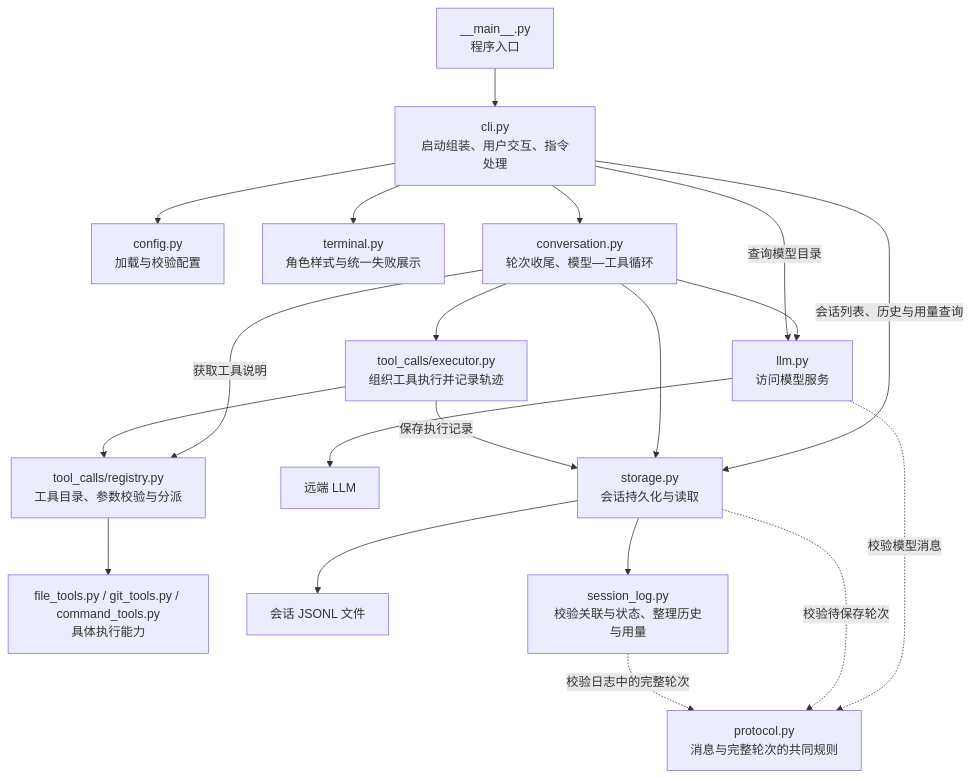
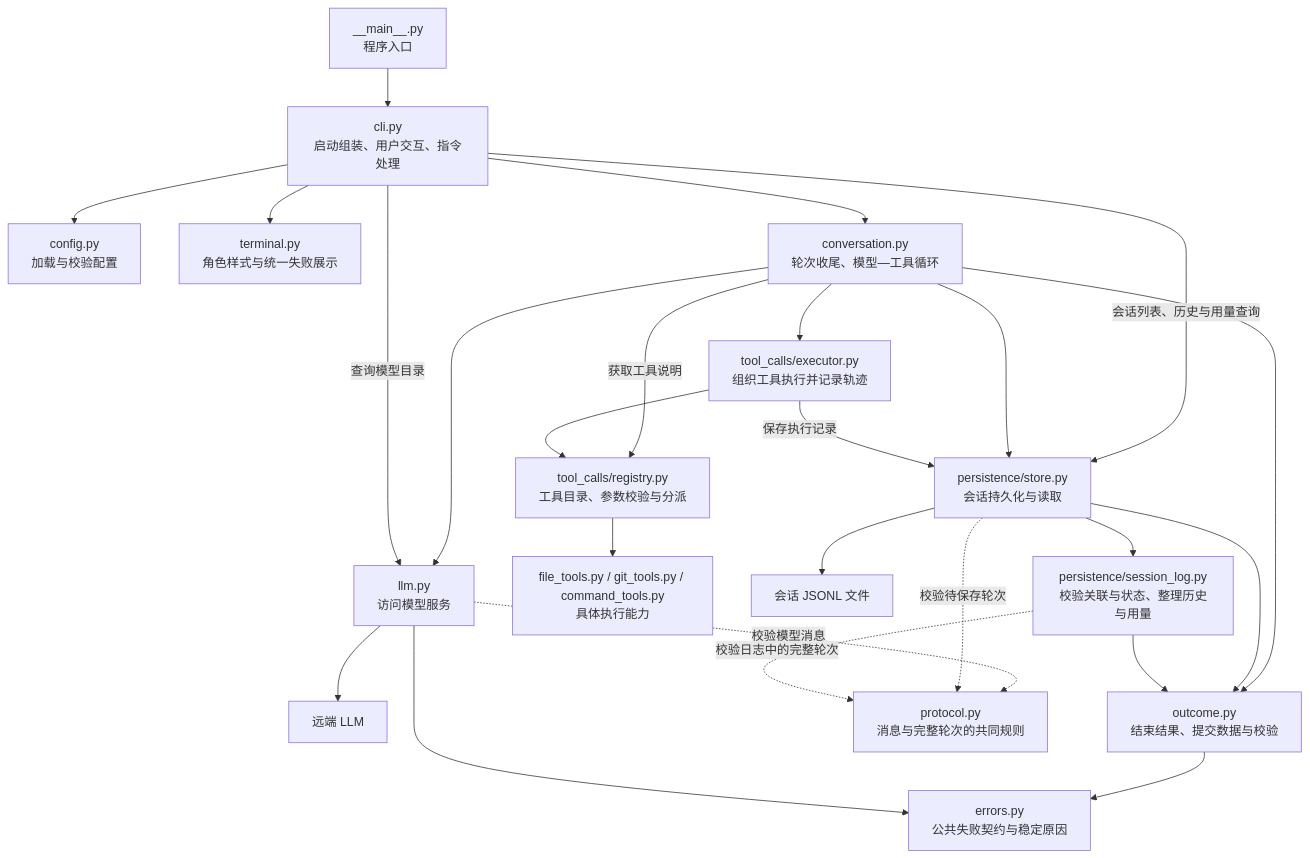
The first of 3 diagrams in docs/architecture.md (Plvltra/AdamAgent), drawn with Mermaid before and after one commit. The commit also changed other lines of this file and 28 other files, not shown here.

````diff
--- a/docs/architecture.md
+++ b/docs/architecture.md
@@ -15,25 +15,30 @@
 ```mermaid
 flowchart TD
     ENTRY["__main__.py<br/>程序入口"] --> CLI["cli.py<br/>启动组装、用户交互、指令处理"]
     CLI --> CONFIG["config.py<br/>加载与校验配置"]
     CLI --> TERMINAL["terminal.py<br/>角色样式与统一失败展示"]
     CLI --> CONV["conversation.py<br/>轮次收尾、模型—工具循环"]
-    CLI -->|"会话列表、历史与用量查询"| STORE["storage.py<br/>会话持久化与读取"]
+    CLI -->|"会话列表、历史与用量查询"| STORE["persistence/store.py<br/>会话持久化与读取"]
 
     CONV --> LLM["llm.py<br/>访问模型服务"]
     CLI -->|"查询模型目录"| LLM
     LLM --> API["远端 LLM"]
     CONV --> EXEC["tool_calls/executor.py<br/>组织工具执行并记录轨迹"]
     CONV -->|"获取工具说明"| REG["tool_calls/registry.py<br/>工具目录、参数校验与分派"]
     EXEC --> REG
     REG --> TOOLS["file_tools.py / git_tools.py / command_tools.py<br/>具体执行能力"]
 
     CONV --> STORE
     EXEC -->|"保存执行记录"| STORE
     STORE --> FILE["会话 JSONL 文件"]
-    STORE --> LOG["session_log.py<br/>校验关联与状态、整理历史与用量"]
+    STORE --> LOG["persistence/session_log.py<br/>校验关联与状态、整理历史与用量"]
+    CONV --> OUTCOME["outcome.py<br/>结束结果、提交数据与校验"]
+    STORE --> OUTCOME
+    LOG --> OUTCOME
+    OUTCOME --> ERROR["errors.py<br/>公共失败契约与稳定原因"]
+    LLM --> ERROR
 
     LLM -.->|"校验模型消息"| PROTOCOL["protocol.py<br/>消息与完整轮次的共同规则"]
     STORE -.->|"校验待保存轮次"| PROTOCOL
     LOG -.->|"校验日志中的完整轮次"| PROTOCOL
 ```
````
